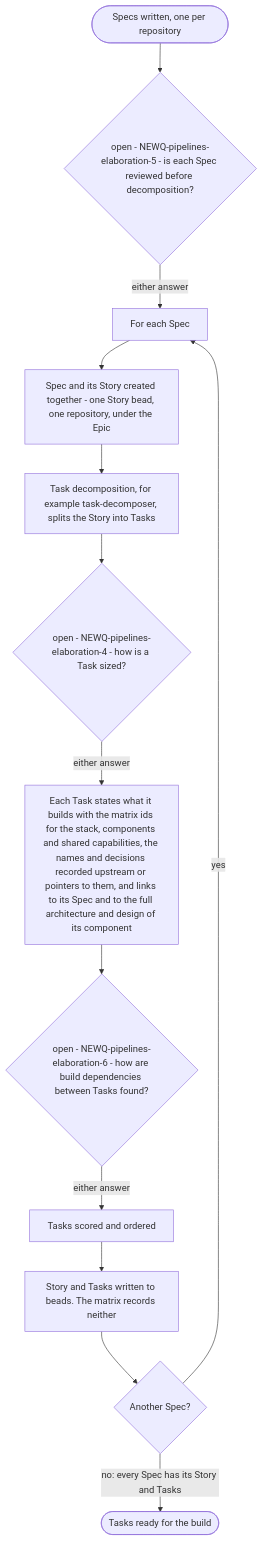
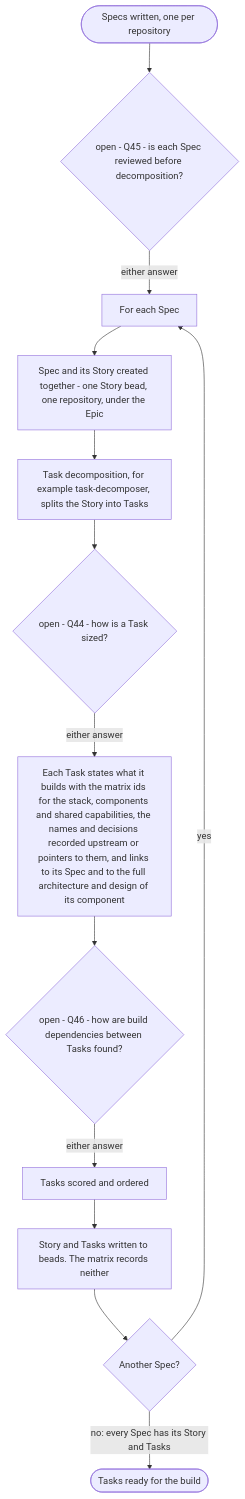
One commit to mark-satterfield/toolset changed the eighth of 8 diagrams in plugins/agent-teams-workforce/blueprint/design/pipelines-elaboration.md. Above: the diagram before and after it, drawn with Mermaid. The commit also changed other lines of this file and 7 other files, not shown here.

First line of the commit message:
docs(blueprint): show PRD, build, deploy and driver pipelines only as the owner wants them

````diff
--- a/plugins/agent-teams-workforce/blueprint/design/pipelines-elaboration.md
+++ b/plugins/agent-teams-workforce/blueprint/design/pipelines-elaboration.md
@@ -492,15 +492,15 @@
 ```mermaid
 flowchart TD
-    s(["Specs written, one per repository"]) --> rv{"open - NEWQ-pipelines-elaboration-5 - is each Spec reviewed before decomposition?"}
+    s(["Specs written, one per repository"]) --> rv{"open - Q45 - is each Spec reviewed before decomposition?"}
     rv -->|"either answer"| each["For each Spec"]
     each --> story["Spec and its Story created together - one Story bead, one repository, under the Epic"]
     story --> dec["Task decomposition, for example task-decomposer, splits the Story into Tasks"]
-    dec --> size{"open - NEWQ-pipelines-elaboration-4 - how is a Task sized?"}
+    dec --> size{"open - Q44 - how is a Task sized?"}
     size -->|"either answer"| content["Each Task states what it builds with the matrix ids for the stack, components and shared capabilities, the names and decisions recorded upstream or pointers to them, and links to its Spec and to the full architecture and design of its component"]
-    content --> order{"open - NEWQ-pipelines-elaboration-6 - how are build dependencies between Tasks found?"}
+    content --> order{"open - Q46 - how are build dependencies between Tasks found?"}
     order -->|"either answer"| score["Tasks scored and ordered"]
     score --> write["Story and Tasks written to beads. The matrix records neither"]
     write --> more{"Another Spec?"}
     more -->|"yes"| each
     more -->|"no: every Spec has its Story and Tasks"| done(["Tasks ready for the build"])
 ```
````
